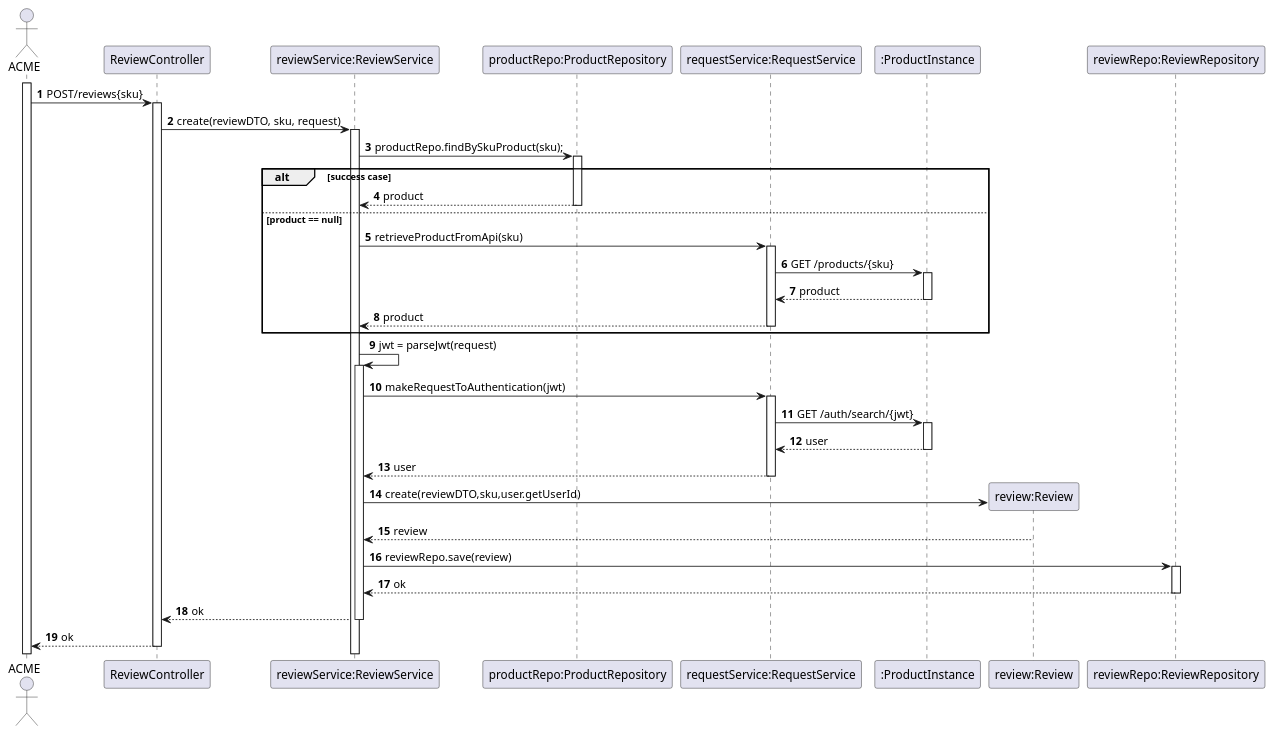
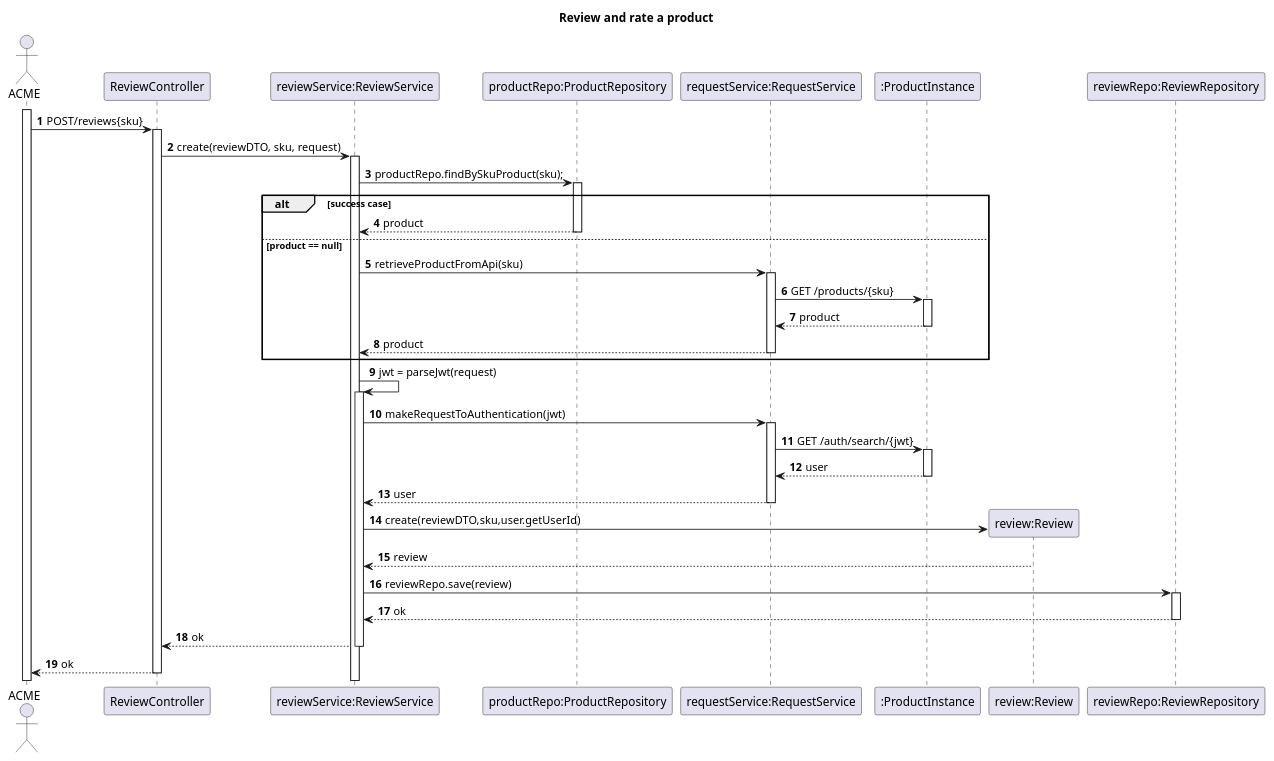
The diagram in Docs/US04-SD.puml (TiagoNora/SIDIS-Docs), drawn with PlantUML before and after one commit. The commit also changed 1 other file, not shown here.

```diff
--- a/Docs/US04-SD.puml
+++ b/Docs/US04-SD.puml
@@ -1,42 +1,42 @@
 @startuml
 'https://plantuml.com/sequence-diagram
-
+title Review and rate a product
 autoactivate on
 autonumber
 
 actor "ACME" as User
 participant "ReviewController" as Ctrl
 participant "reviewService:ReviewService" as Svc
 participant "productRepo:ProductRepository" as repository
 participant "requestService:RequestService" as request
 participant ":ProductInstance" as instance
 participant "review:Review" as review
 participant "reviewRepo:ReviewRepository" as Repo
 
 activate User
 
 User -> Ctrl : POST/reviews{sku}
 
 Ctrl -> Svc : create(reviewDTO, sku, request)
 Svc -> repository : productRepo.findBySkuProduct(sku);
 alt success case
 repository --> Svc : product
 else product == null
 Svc -> request:retrieveProductFromApi(sku)
 request -> instance: GET /products/{sku}
 instance --> request: product
 request --> Svc: product
 end
 Svc -> Svc: jwt = parseJwt(request)
 Svc -> request: makeRequestToAuthentication(jwt)
 request -> instance: GET /auth/search/{jwt}
 instance --> request: user
 request --> Svc: user
 Svc -> review** : create(reviewDTO,sku,user.getUserId)
 review --> Svc :  review
 Svc -> Repo : reviewRepo.save(review)
 Repo --> Svc : ok
 Svc --> Ctrl : ok
 Ctrl --> User : ok
 
 @enduml
```
